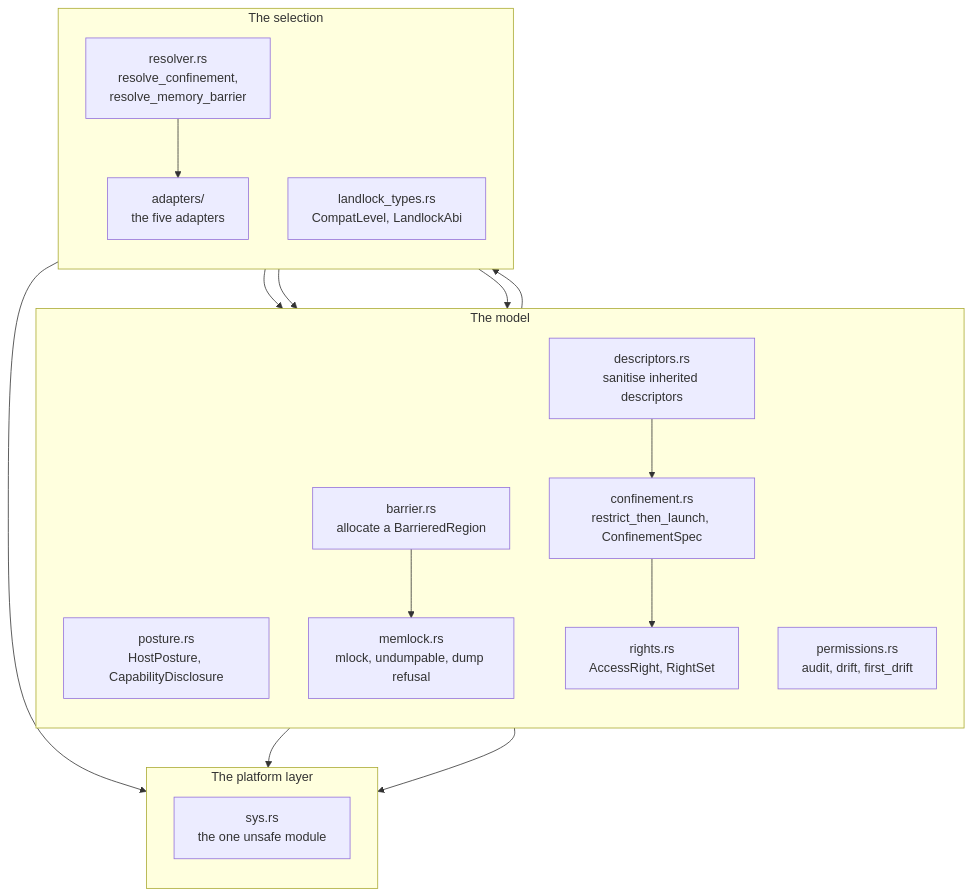
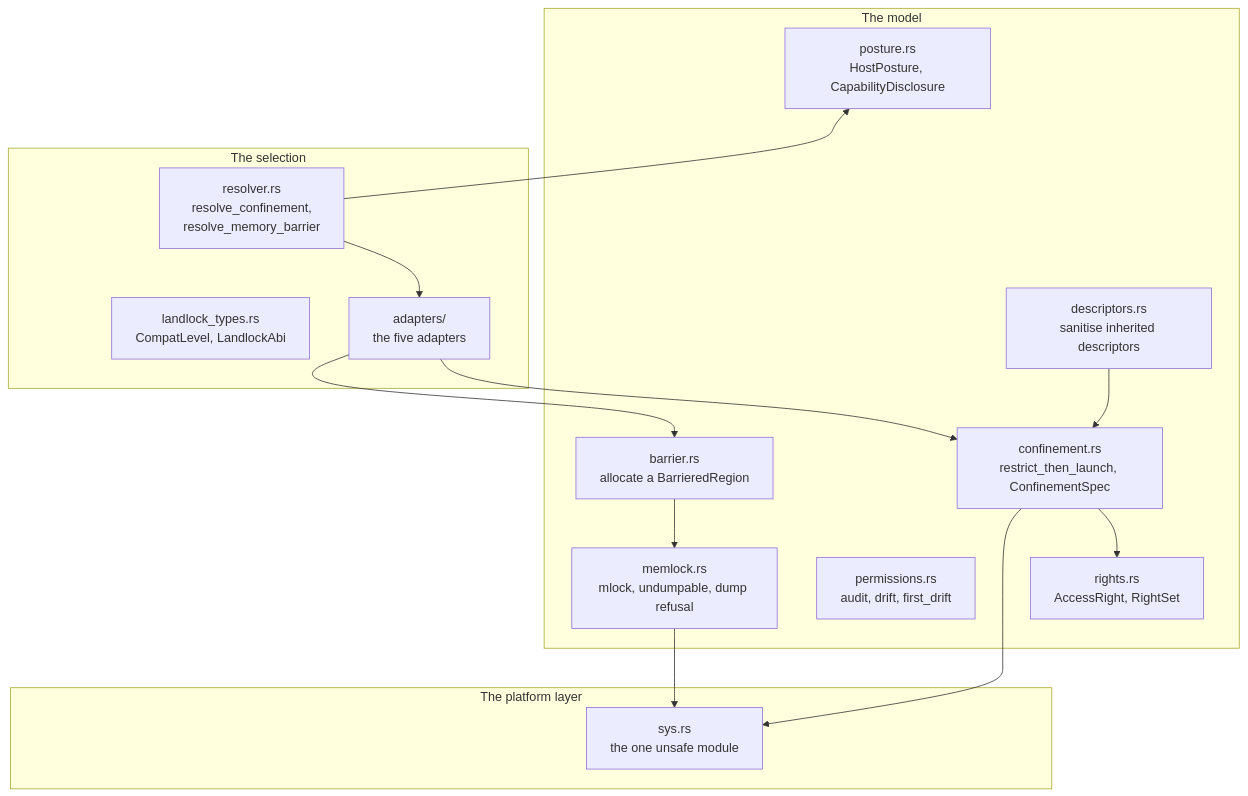
The first of 5 diagrams in site/docs/components/ksp-posture.md (bruj0/keyspout), drawn with Mermaid before and after one commit. The commit also changed other lines of this file and 20 other files, not shown here.

First line of the commit message:
feat(site): pan and zoom the diagrams, and stack them by measurement

````diff
--- a/site/docs/components/ksp-posture.md
+++ b/site/docs/components/ksp-posture.md
@@ -32,37 +32,34 @@
 ```mermaid
 graph TB
   subgraph Model["The model"]
-      direction TB
     POSTURE["posture.rs<br/>HostPosture, CapabilityDisclosure"]
     CONF["confinement.rs<br/>restrict_then_launch, ConfinementSpec"]
     BARRIER["barrier.rs<br/>allocate a BarrieredRegion"]
     MEMLOCK["memlock.rs<br/>mlock, undumpable, dump refusal"]
     DESC["descriptors.rs<br/>sanitise inherited descriptors"]
     PERMS["permissions.rs<br/>audit, drift, first_drift"]
     RIGHTS["rights.rs<br/>AccessRight, RightSet"]
   end
 
   subgraph Resolve["The selection"]
-      direction TB
     RESOLVER["resolver.rs<br/>resolve_confinement,<br/>resolve_memory_barrier"]
     ADAPT["adapters/<br/>the five adapters"]
     LANDLOCKT["landlock_types.rs<br/>CompatLevel, LandlockAbi"]
   end
 
   subgraph Platform["The platform layer"]
-      direction TB
     SYS["sys.rs<br/>the one unsafe module"]
   end
 
   ADAPT --> CONF
   ADAPT --> BARRIER
   BARRIER --> MEMLOCK
   CONF --> RIGHTS
   DESC --> CONF
   RESOLVER --> ADAPT
   RESOLVER --> POSTURE
   CONF --> SYS
   MEMLOCK --> SYS
-  Model --> Resolve
-  Resolve --> Platform
+  Model ~~~ Resolve
+  Resolve ~~~ Platform
 ```
````
